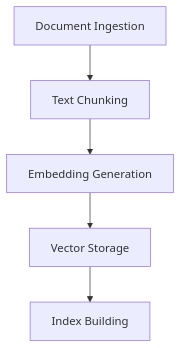
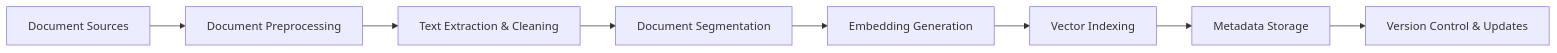
One commit to Devanik21/Planto-AI-intern- changed the first of 2 diagrams in README.md. Above: the diagram before and after it, drawn with Mermaid. The commit also changed other lines of this file, not shown here.

````diff
--- a/README.md
+++ b/README.md
@@ -21,7 +55,10 @@
 ```mermaid
-graph TD
-    A[Document Ingestion] --> B[Text Chunking]
-    B --> C[Embedding Generation]
-    C --> D[Vector Storage]
-    D --> E[Index Building]
+graph LR
+    A[Document Sources] --> B[Document Preprocessing]
+    B --> C[Text Extraction & Cleaning]
+    C --> D[Document Segmentation]
+    D --> E[Embedding Generation]
+    E --> F[Vector Indexing]
+    F --> G[Metadata Storage]
+    G --> H[Version Control & Updates]
 ```
````
